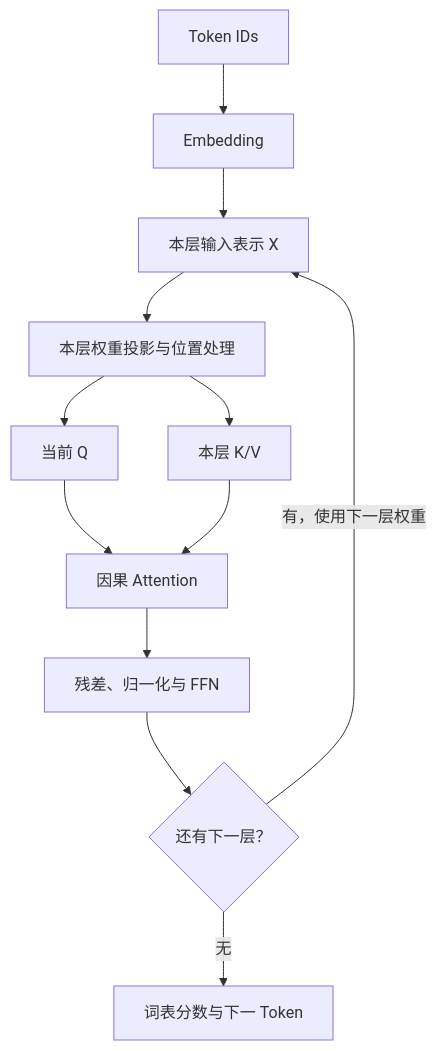
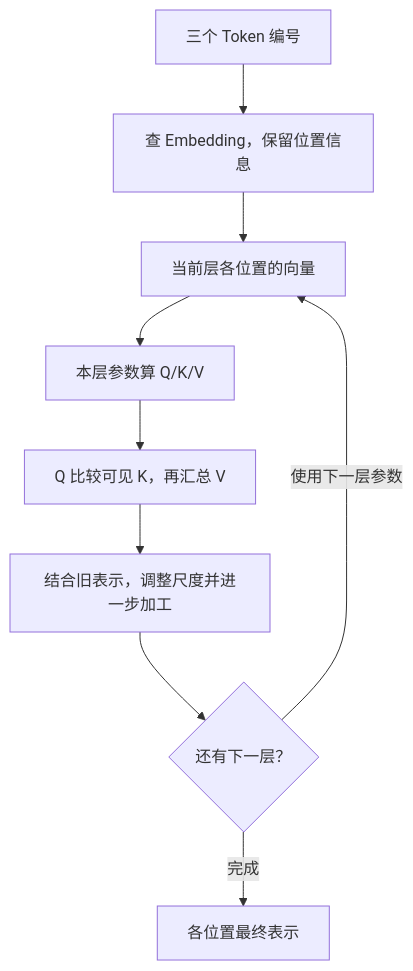
The diagram in _docs/00a_LLM_Model_Transformer.md (miauyle/ai-storage-notes), drawn with Mermaid before and after one commit. The commit also changed other lines of this file and 6 other files, not shown here.

````diff
--- a/_docs/00a_LLM_Model_Transformer.md
+++ b/_docs/00a_LLM_Model_Transformer.md
@@ -66,14 +203,11 @@
 ```mermaid
 flowchart TD
-    T["Token IDs"] --> E["Embedding"]
-    E --> X["本层输入表示 X"]
-    X --> P["本层权重投影与位置处理"]
-    P --> Q["当前 Q"]
-    P --> KV["本层 K/V"]
-    Q --> A["因果 Attention"]
-    KV --> A
-    A --> F["残差、归一化与 FFN"]
+    I["三个 Token 编号"] --> E["查 Embedding，保留位置信息"]
+    E --> X["当前层各位置的向量"]
+    X --> P["本层参数算 Q/K/V"]
+    P --> A["Q 比较可见 K，再汇总 V"]
+    A --> F["结合旧表示，调整尺度并进一步加工"]
     F --> N{"还有下一层？"}
-    N -->|有，使用下一层权重| X
-    N -->|无| O["词表分数与下一 Token"]
+    N -->|使用下一层参数| X
+    N -->|完成| O["各位置最终表示"]
 ```
````
